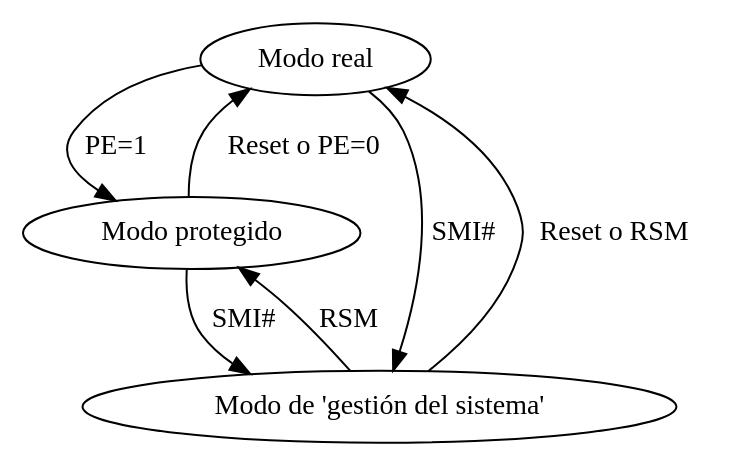
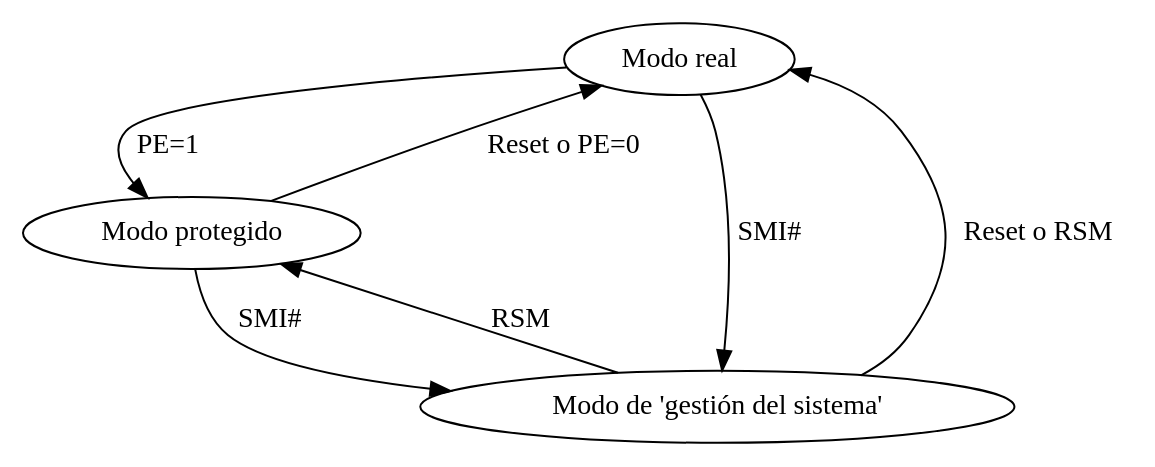
Before and after one commit to crazy2k/zafio: the first of 2 diagrams in doc/background.rst, drawn with Graphviz.

Commit message:
Retocar background.rst

```diff
--- a/doc/background.rst
+++ b/doc/background.rst
@@ -139,13 +139,14 @@
 .. graphviz::
 
     digraph modos {
+        nodesep=1.7
         "Modo real" -> "Modo protegido" [label="PE=1"];
         "Modo real" -> "Modo de 'gestión del sistema'" [label="SMI#"];
         "Modo protegido" -> "Modo real" [label="Reset o PE=0"];
         "Modo protegido" -> "Modo de 'gestión del sistema'"
             [label="SMI#"];
         "Modo de 'gestión del sistema'" -> "Modo real"
             [label="Reset o RSM"]
         "Modo de 'gestión del sistema'" -> "Modo protegido"
             [label="RSM"]
     }
```
